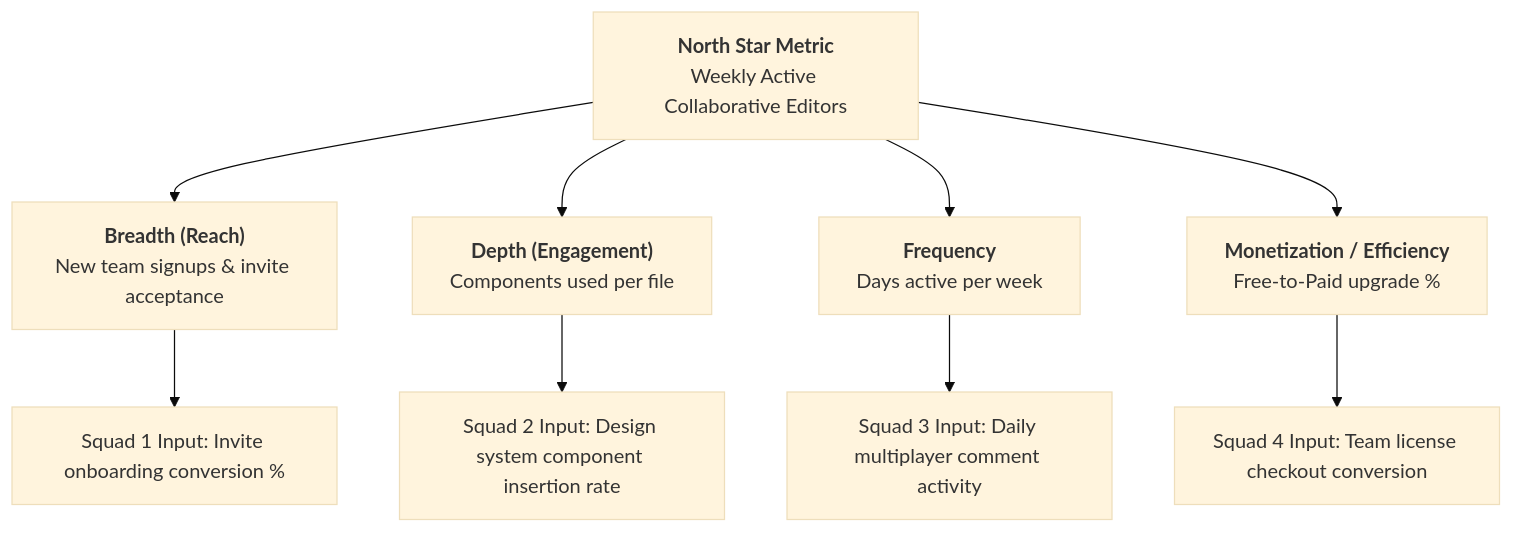
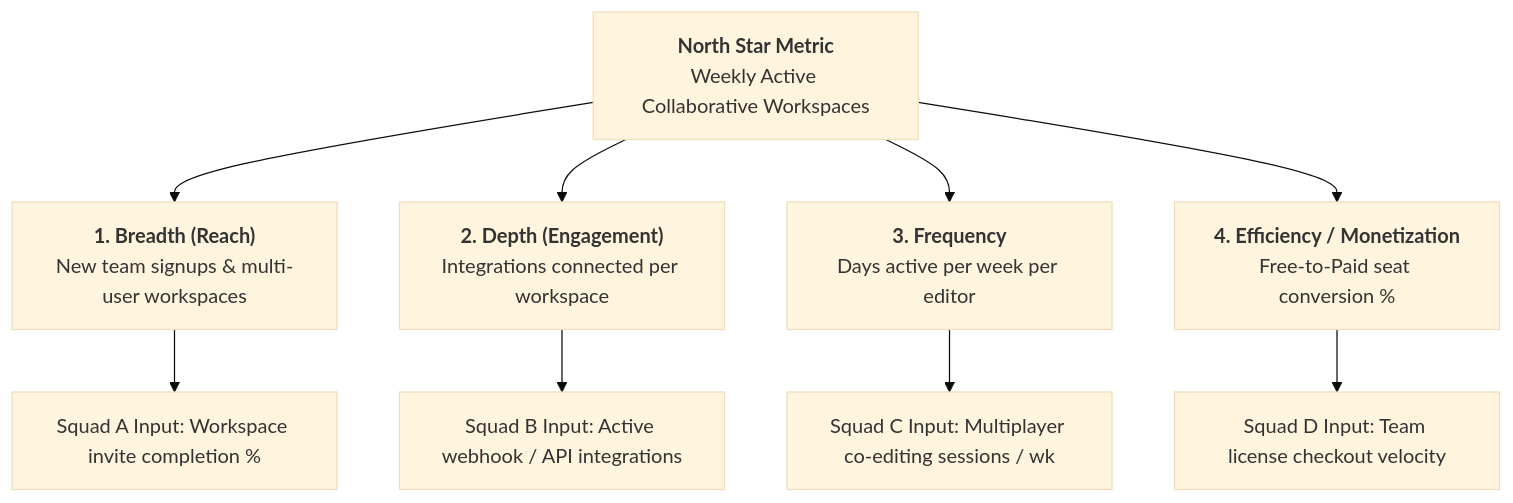
Before and after one commit to coreyone/software-maestro: the diagram in product/incentive-design-metric-trees/references/source.md, drawn with Mermaid (base theme). The commit also changed other lines of this file and 2 other files, not shown here.

First line of the commit message:
feat(product): upgrade incentive-design-metric-trees with Cutler & Wodtke models

````diff
--- a/product/incentive-design-metric-trees/references/source.md
+++ b/product/incentive-design-metric-trees/references/source.md
@@ -27,16 +28,16 @@
 ```mermaid
 flowchart TD
-    NSM["<b>North Star Metric</b><br/>Weekly Active Collaborative Editors"]
+    NSM["<b>North Star Metric</b><br/>Weekly Active Collaborative Workspaces"]
     
-    B["<b>Breadth (Reach)</b><br/>New team signups & invite acceptance"]
-    D["<b>Depth (Engagement)</b><br/>Components used per file"]
-    F["<b>Frequency</b><br/>Days active per week"]
-    E["<b>Monetization / Efficiency</b><br/>Free-to-Paid upgrade %"]
+    B["<b>1. Breadth (Reach)</b><br/>New team signups & multi-user workspaces"]
+    D["<b>2. Depth (Engagement)</b><br/>Integrations connected per workspace"]
+    F["<b>3. Frequency</b><br/>Days active per week per editor"]
+    E["<b>4. Efficiency / Monetization</b><br/>Free-to-Paid seat conversion %"]
     
     NSM --> B & D & F & E
     
-    B --> I1["Squad 1 Input: Invite onboarding conversion %"]
-    D --> I2["Squad 2 Input: Design system component insertion rate"]
-    F --> I3["Squad 3 Input: Daily multiplayer comment activity"]
-    E --> I4["Squad 4 Input: Team license checkout conversion"]
+    B --> I1["Squad A Input: Workspace invite completion %"]
+    D --> I2["Squad B Input: Active webhook / API integrations"]
+    F --> I3["Squad C Input: Multiplayer co-editing sessions / wk"]
+    E --> I4["Squad D Input: Team license checkout velocity"]
 ```
````
